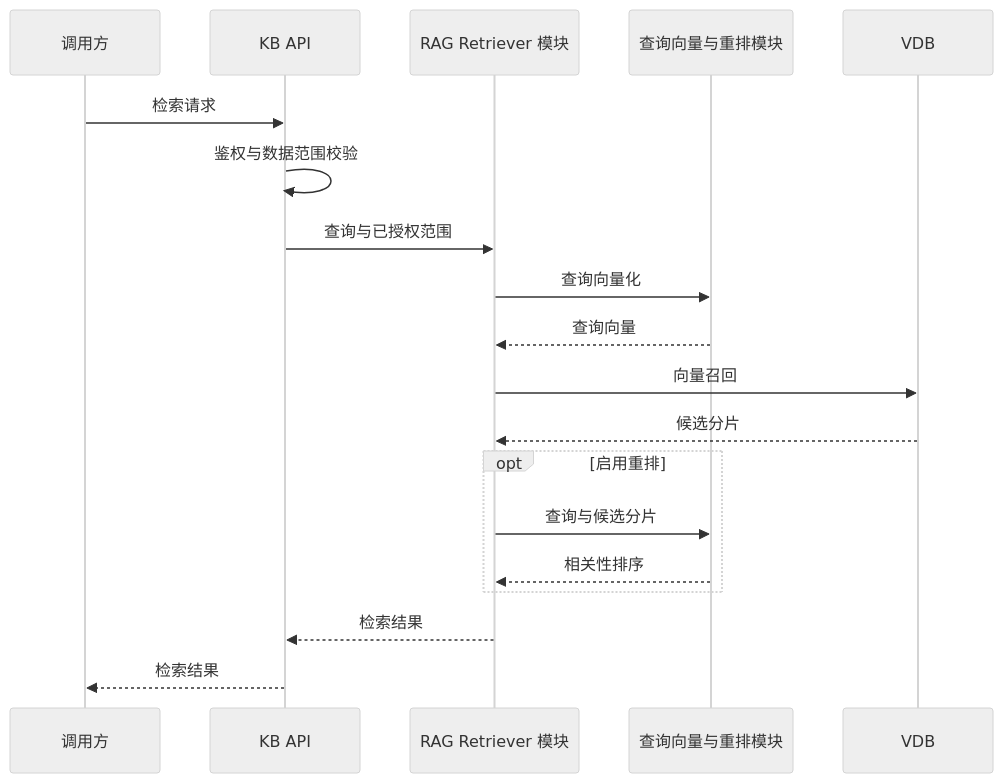
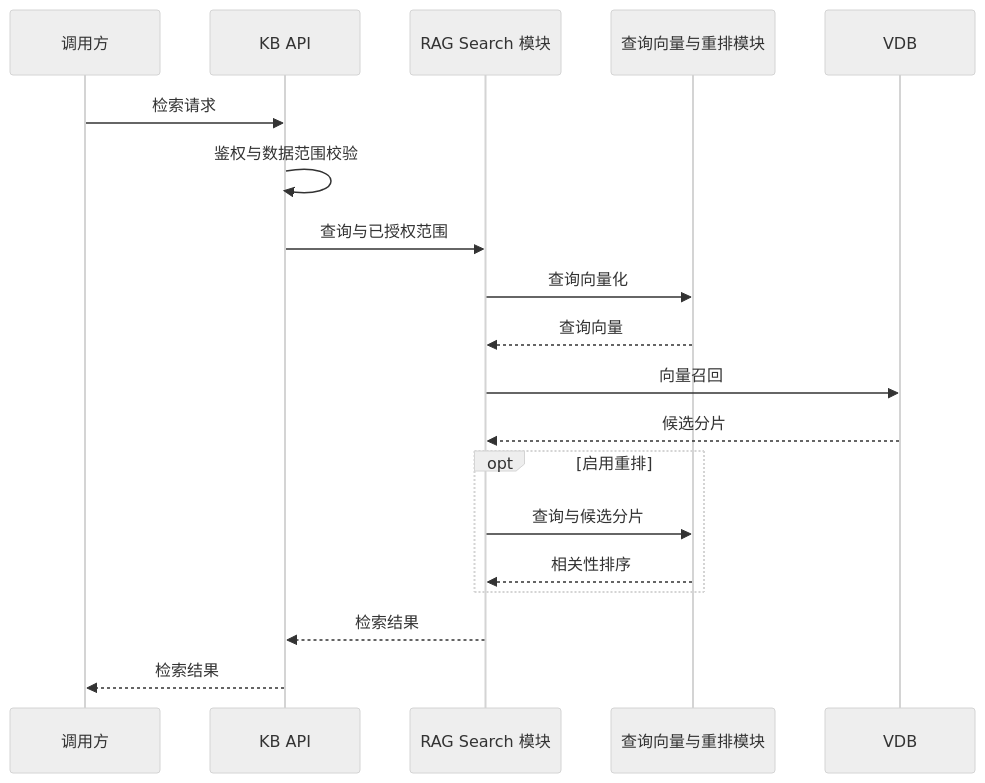
Before and after one commit to guobinqiu/kb: the third of 3 diagrams in docs/architecture.md, drawn with Mermaid (neutral theme). The commit also changed other lines of this file and 155 other files, not shown here.

````diff
--- a/docs/architecture.md
+++ b/docs/architecture.md
@@ -81,22 +80,22 @@
 ```mermaid
 sequenceDiagram
     participant C as 调用方
     participant K as KB API
-    participant R as RAG Retriever 模块
+    participant R as RAG Search 模块
     participant I as 查询向量与重排模块
     participant V as VDB
 
     C->>K: 检索请求
     K->>K: 鉴权与数据范围校验
     K->>R: 查询与已授权范围
     R->>I: 查询向量化
     I-->>R: 查询向量
     R->>V: 向量召回
     V-->>R: 候选分片
     opt 启用重排
         R->>I: 查询与候选分片
         I-->>R: 相关性排序
     end
     R-->>K: 检索结果
     K-->>C: 检索结果
 ```
````
